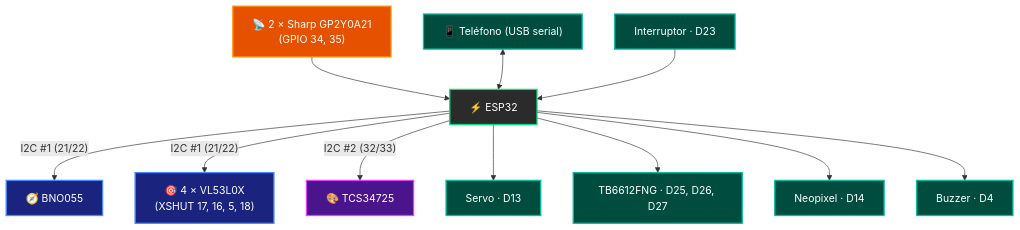
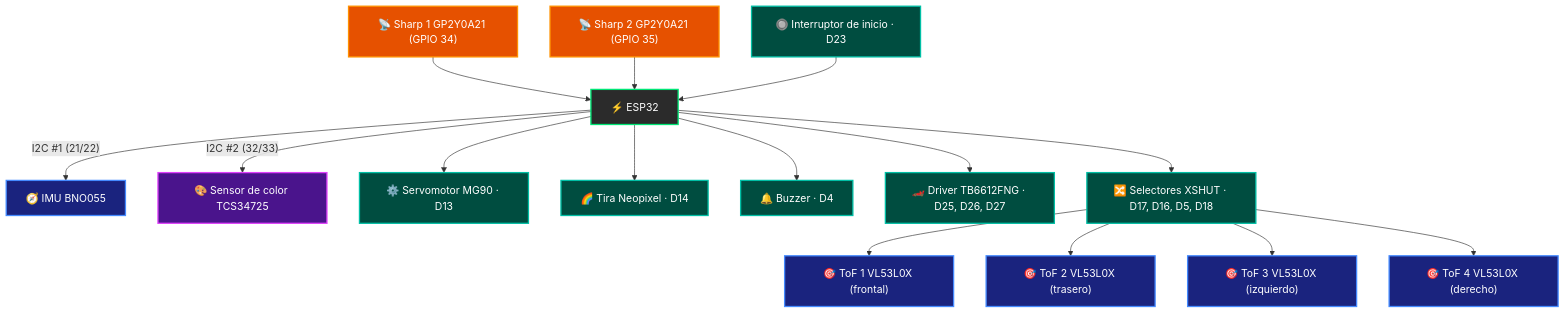
Before and after one commit to erchivox/Prometheus-Team-2026: the second of 7 diagrams in README.md, drawn with Mermaid. The commit also changed other lines of this file, not shown here.

````diff
--- a/README.md
+++ b/README.md
@@ -226,33 +311,46 @@
 ```mermaid
 graph TD
     classDef mcu fill:#2b2b2b,stroke:#00e676,stroke-width:2px,color:#fff;
     classDef i2c1 fill:#1a237e,stroke:#448aff,stroke-width:2px,color:#fff;
     classDef i2c2 fill:#4a148c,stroke:#e040fb,stroke-width:2px,color:#fff;
     classDef adc fill:#e65100,stroke:#ff9100,stroke-width:2px,color:#fff;
     classDef gpio fill:#004d40,stroke:#00bfa5,stroke-width:2px,color:#fff;
 
     MCU["⚡ ESP32"]:::mcu
 
-    IMU["🧭 BNO055"]:::i2c1
-    TOF["🎯 4 × VL53L0X<br>(XSHUT 17, 16, 5, 18)"]:::i2c1
-    COLOR["🎨 TCS34725"]:::i2c2
-    SHARP["📡 2 × Sharp GP2Y0A21<br>(GPIO 34, 35)"]:::adc
-    PHONE["📱 Teléfono (USB serial)"]:::gpio
+    IMU["🧭 IMU BNO055"]:::i2c1
+    TOF1["🎯 ToF 1 VL53L0X (frontal)"]:::i2c1
+    TOF2["🎯 ToF 2 VL53L0X (trasero)"]:::i2c1
+    TOF3["🎯 ToF 3 VL53L0X (izquierdo)"]:::i2c1
+    TOF4["🎯 ToF 4 VL53L0X (derecho)"]:::i2c1
 
-    SERVO["Servo · D13"]:::gpio
-    DRIVER["TB6612FNG · D25, D26, D27"]:::gpio
-    NEO["Neopixel · D14"]:::gpio
-    BUZZER["Buzzer · D4"]:::gpio
-    SW["Interruptor · D23"]:::gpio
+    COLOR["🎨 Sensor de color TCS34725"]:::i2c2
+
+    SHARP1["📡 Sharp 1 GP2Y0A21 (GPIO 34)"]:::adc
+    SHARP2["📡 Sharp 2 GP2Y0A21 (GPIO 35)"]:::adc
+
+    SERVO["⚙️ Servomotor MG90 · D13"]:::gpio
+    NEO["🌈 Tira Neopixel · D14"]:::gpio
+    BUZZER["🔔 Buzzer · D4"]:::gpio
+    SW["🔘 Interruptor de inicio · D23"]:::gpio
+    DRIVER["🏎️ Driver TB6612FNG · D25, D26, D27"]:::gpio
+    XSHUT["🔀 Selectores XSHUT · D17, D16, D5, D18"]:::gpio
 
     MCU -- "I2C #1 (21/22)" --> IMU
-    MCU -- "I2C #1 (21/22)" --> TOF
     MCU -- "I2C #2 (32/33)" --> COLOR
-    SHARP --> MCU
-    PHONE <--> MCU
+
+    MCU --> XSHUT
+    XSHUT --> TOF1
+    XSHUT --> TOF2
+    XSHUT --> TOF3
+    XSHUT --> TOF4
+
+    SHARP1 --> MCU
+    SHARP2 --> MCU
+
     MCU --> SERVO
-    MCU --> DRIVER
     MCU --> NEO
     MCU --> BUZZER
     SW --> MCU
+    MCU --> DRIVER
 ```
````
